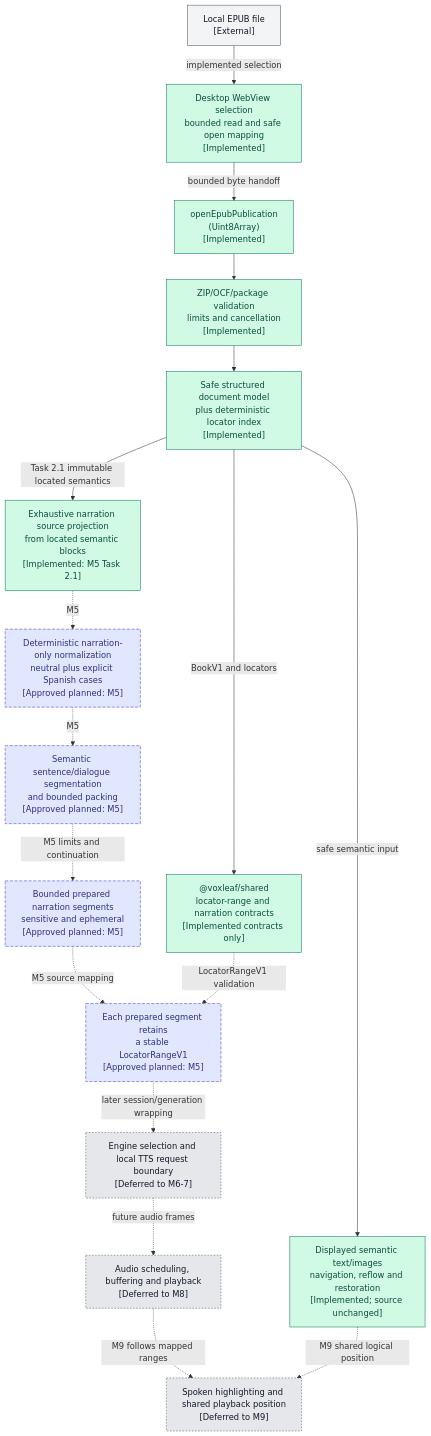
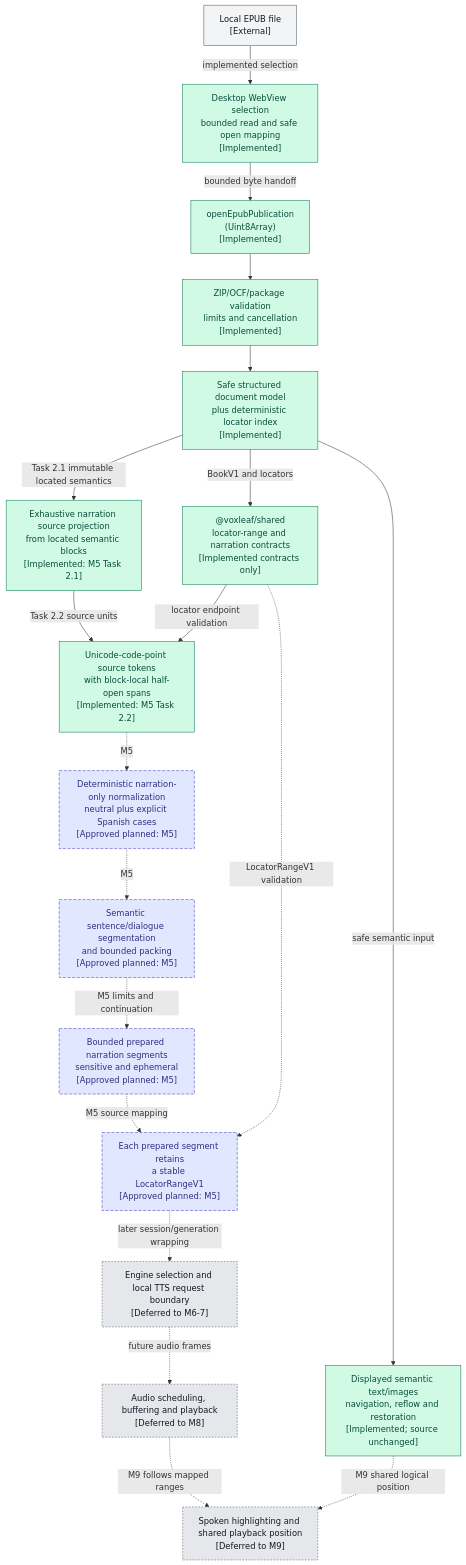
Before and after one commit to mmjosedaniel/voxleaf: the second of 2 diagrams in docs/architecture/system-diagram.md, drawn with Mermaid. The commit also changed other lines of this file and 13 other files, not shown here.

Commit message:
Implement narration source spans (#80)

````diff
--- a/docs/architecture/system-diagram.md
+++ b/docs/architecture/system-diagram.md
@@ -99,40 +99,43 @@
 ```mermaid
 flowchart TB
   classDef implemented fill:#d1fae5,stroke:#047857,color:#064e3b
   classDef inprogress fill:#fef3c7,stroke:#b45309,stroke-width:3px,color:#78350f
   classDef planned fill:#e0e7ff,stroke:#4338ca,stroke-dasharray:6 3,color:#312e81
   classDef deferred fill:#e5e7eb,stroke:#4b5563,stroke-dasharray:3 3,color:#111827
   classDef external fill:#f3f4f6,stroke:#4b5563,color:#111827
 
   file["Local EPUB file<br/>[External]"]:::external
   selection["Desktop WebView selection<br/>bounded read and safe open mapping<br/>[Implemented]"]:::implemented
   opener["openEpubPublication<br/>(Uint8Array)<br/>[Implemented]"]:::implemented
   validation["ZIP/OCF/package validation<br/>limits and cancellation<br/>[Implemented]"]:::implemented
   semantics["Safe structured document model<br/>plus deterministic locator index<br/>[Implemented]"]:::implemented
   visualReader["Displayed semantic text/images<br/>navigation, reflow and restoration<br/>[Implemented; source unchanged]"]:::implemented
   contracts["@voxleaf/shared<br/>locator-range and narration contracts<br/>[Implemented contracts only]"]:::implemented
   sourceSelection["Exhaustive narration source projection<br/>from located semantic blocks<br/>[Implemented: M5 Task 2.1]"]:::implemented
+  sourceMapping["Unicode-code-point source tokens<br/>with block-local half-open spans<br/>[Implemented: M5 Task 2.2]"]:::implemented
   normalization["Deterministic narration-only normalization<br/>neutral plus explicit Spanish cases<br/>[Approved planned: M5]"]:::planned
   segmentation["Semantic sentence/dialogue segmentation<br/>and bounded packing<br/>[Approved planned: M5]"]:::planned
   boundedSegments["Bounded prepared narration segments<br/>sensitive and ephemeral<br/>[Approved planned: M5]"]:::planned
   mappedSegments["Each prepared segment retains<br/>a stable LocatorRangeV1<br/>[Approved planned: M5]"]:::planned
   ttsBoundary["Engine selection and local TTS request boundary<br/>[Deferred to M6-7]"]:::deferred
   audioPipeline["Audio scheduling, buffering and playback<br/>[Deferred to M8]"]:::deferred
   synchronizedReader["Spoken highlighting and shared playback position<br/>[Deferred to M9]"]:::deferred
 
   file -->|implemented selection| selection
   selection -->|bounded byte handoff| opener
   opener --> validation --> semantics
   semantics -->|safe semantic input| visualReader
   semantics -->|BookV1 and locators| contracts
   semantics -->|Task 2.1 immutable located semantics| sourceSelection
-  sourceSelection -.->|M5| normalization
+  sourceSelection -->|Task 2.2 source units| sourceMapping
+  contracts -->|locator endpoint validation| sourceMapping
+  sourceMapping -.->|M5| normalization
   normalization -.->|M5| segmentation
   segmentation -.->|M5 limits and continuation| boundedSegments
   boundedSegments -.->|M5 source mapping| mappedSegments
   contracts -.->|LocatorRangeV1 validation| mappedSegments
   mappedSegments -.->|later session/generation wrapping| ttsBoundary
   ttsBoundary -.->|future audio frames| audioPipeline
   audioPipeline -.->|M9 follows mapped ranges| synchronizedReader
   visualReader -.->|M9 shared logical position| synchronizedReader
 ```
````
